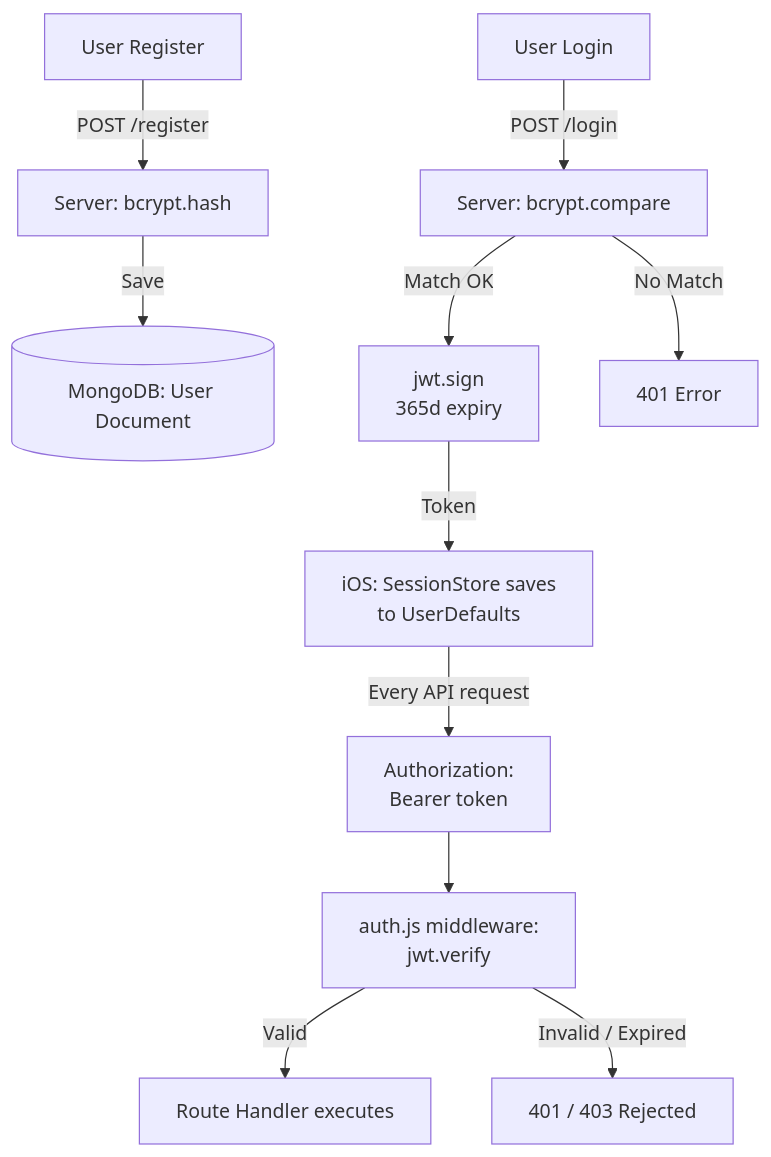
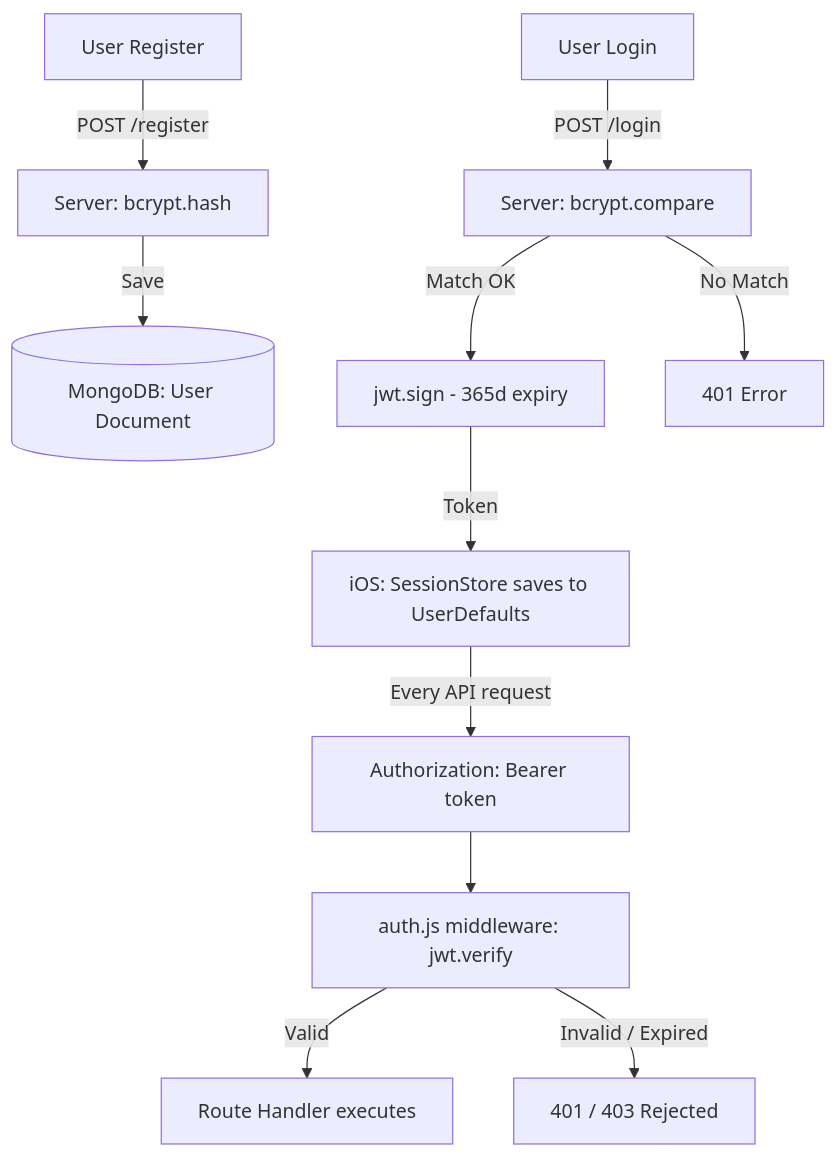
One commit to denizyakar/SoniApp changed the second of 6 diagrams in README.md. Above: the diagram before and after it, drawn with Mermaid. The commit also changed other lines of this file, not shown here.

````diff
--- a/README.md
+++ b/README.md
@@ -136,15 +136,15 @@
 ```mermaid
 flowchart TD
     A["User Register"] -->|"POST /register"| B["Server: bcrypt.hash"]
     B -->|"Save"| C[("MongoDB: User Document")]
 
     D["User Login"] -->|"POST /login"| E["Server: bcrypt.compare"]
-    E -->|"Match OK"| F["jwt.sign<br>365d expiry"]
+    E -->|"Match OK"| F["jwt.sign - 365d expiry"]
     E -->|"No Match"| H["401 Error"]
-    F -->|"Token"| G["iOS: SessionStore saves<br>to UserDefaults"]
+    F -->|"Token"| G["iOS: SessionStore saves to UserDefaults"]
 
-    G -->|"Every API request"| I["Authorization:<br>Bearer token"]
-    I --> J["auth.js middleware:<br>jwt.verify"]
+    G -->|"Every API request"| I["Authorization: Bearer token"]
+    I --> J["auth.js middleware: jwt.verify"]
     J -->|"Valid"| K["Route Handler executes"]
     J -->|"Invalid / Expired"| L["401 / 403 Rejected"]
 ```
````
